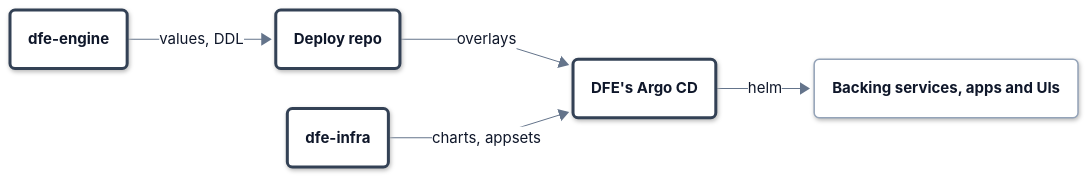
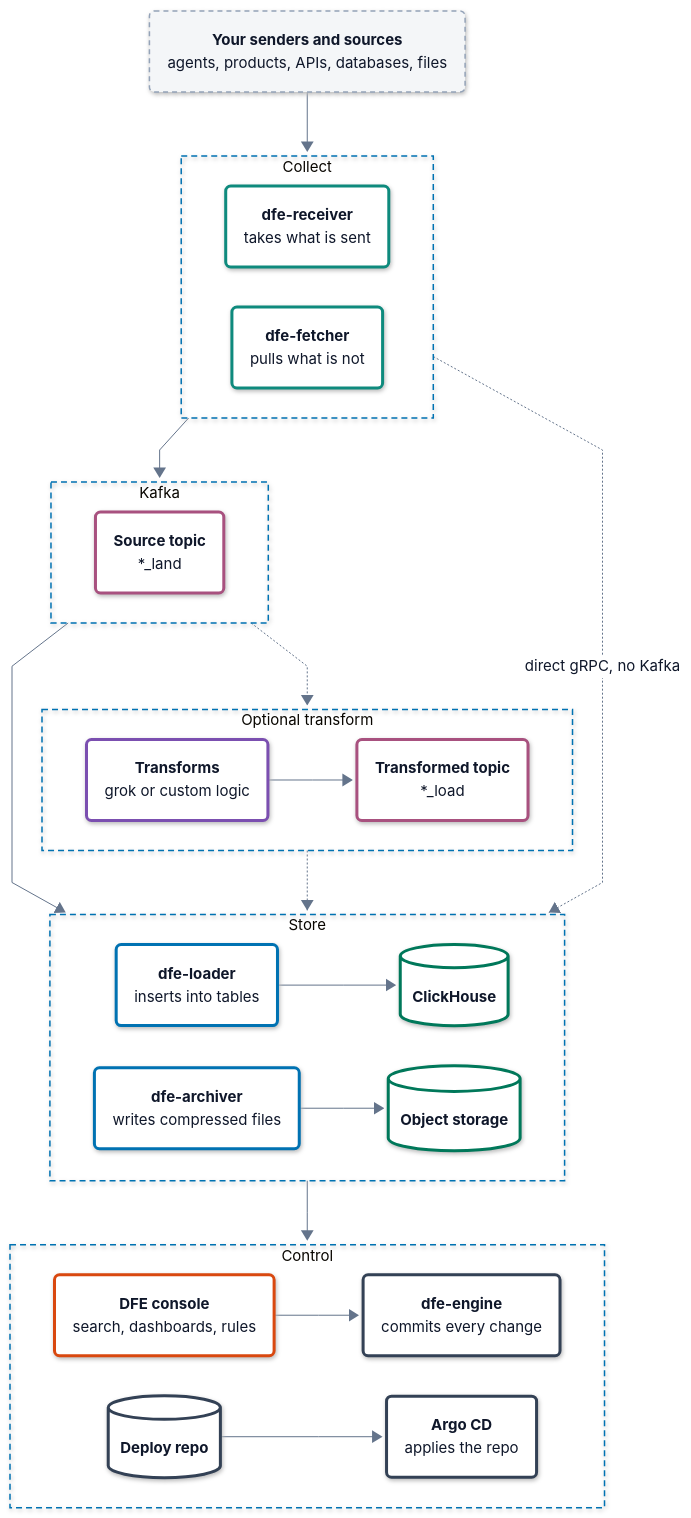
The diagram in docs/architecture.md (hyperi-io/dfe-infra), drawn with Mermaid before and after one commit. The commit also changed other lines of this file and 17 other files, not shown here.

First line of the commit message:
docs(architecture): map suite in architecture.md and fit charts to 860 px

````diff
--- a/docs/architecture.md
+++ b/docs/architecture.md
@@ -52,26 +48,57 @@
     .ui .label-icon{color:#D9480F}
     .ext .label-icon{color:#64748B}
 ---
-flowchart LR
-    accTitle: L2 Services -- DFE deployment
-    accDescr: dfe-engine writes compiled values and DDL to the deploy repo. DFE's Argo CD reads the overlays from the deploy repo and the charts and ApplicationSets from dfe-infra, and applies them with Helm to the backing services, the dfe apps and the UIs.
-
-    engine("<b>dfe-engine</b>")
-
-    deployrepo("<b>Deploy repo</b>")
-    infrarepo("<b>dfe-infra</b>")
-
-    argocd("<b>DFE's Argo CD</b>")
-
-    services("<b>Backing services, apps and UIs</b>")
-
-    engine -->|values, DDL| deployrepo
-    deployrepo -->|overlays| argocd
-    infrarepo -->|charts, appsets| argocd
-    argocd -->|helm| services
-
-    class engine,deployrepo,infrarepo,argocd control
-    class services part
+flowchart TB
+  accTitle: L2 Services -- DFE suite
+  accDescr: Your senders and sources feed dfe-receiver and dfe-fetcher, which write a source topic on Kafka. dfe-loader inserts into ClickHouse and dfe-archiver writes files to object storage. An optional transform turns the source topic into a transformed one, and direct gRPC skips Kafka. The DFE console queries ClickHouse and sends every change through dfe-engine, which commits it to the deploy repo that Argo CD applies.
+  S("<b>Your senders and sources</b><br/><span>agents, products, APIs, databases, files</span>")
+  subgraph IN["Collect"]
+    direction LR
+    R("<b>dfe-receiver</b><br/><span>takes what is sent</span>")
+    F("<b>dfe-fetcher</b><br/><span>pulls what is not</span>")
+  end
+  subgraph BUS["Kafka"]
+    K1("<b>Source topic</b><br/><span>*_land</span>")
+  end
+  subgraph XF["Optional transform"]
+    direction LR
+    T("<b>Transforms</b><br/><span>grok or custom logic</span>")
+    K2("<b>Transformed topic</b><br/><span>*_load</span>")
+    T --> K2
+  end
+  subgraph OUT["Store"]
+    direction LR
+    L("<b>dfe-loader</b><br/><span>inserts into tables</span>")
+    C[("<b>ClickHouse</b>")]
+    A("<b>dfe-archiver</b><br/><span>writes compressed files</span>")
+    O[("<b>Object storage</b>")]
+    L --> C
+    A --> O
+  end
+  subgraph CTL["Control"]
+    direction LR
+    H("<b>DFE console</b><br/><span>search, dashboards, rules</span>")
+    E("<b>dfe-engine</b><br/><span>commits every change</span>")
+    D[("<b>Deploy repo</b>")]
+    G("<b>Argo CD</b><br/><span>applies the repo</span>")
+    H --> E
+    D --> G
+  end
+  S --> IN
+  IN --> BUS
+  BUS --> OUT
+  BUS -.-> XF
+  XF -.-> OUT
+  IN -.->|direct gRPC, no Kafka| OUT
+  OUT --> CTL
+  class S ext
+  class R,F ingest
+  class K1,K2 bus
+  class T xform
+  class L,A load
+  class C,O store
+  class H ui
+  class E,D,G control
   classDef ext fill:#F4F6F8,stroke:#94A3B8,stroke-width:1.5px,stroke-dasharray:5 4,color:#0F172A
   classDef ingest fill:#FFFFFF,stroke:#0E8A7D,stroke-width:3px,color:#0F172A
   classDef xform fill:#FFFFFF,stroke:#7B4FB0,stroke-width:3px,color:#0F172A
@@ -83,4 +110,9 @@
   classDef error fill:#FFFFFF,stroke:#C2410C,stroke-width:3px,color:#0F172A
   classDef control fill:#FFFFFF,stroke:#334155,stroke-width:3px,color:#0F172A
   classDef part fill:#FFFFFF,stroke:#94A3B8,stroke-width:1.5px,color:#0F172A
+  style IN fill:none,stroke:#0072B2,stroke-width:1.5px,stroke-dasharray:6 4
+  style BUS fill:none,stroke:#0072B2,stroke-width:1.5px,stroke-dasharray:6 4
+  style XF fill:none,stroke:#0072B2,stroke-width:1.5px,stroke-dasharray:6 4
+  style OUT fill:none,stroke:#0072B2,stroke-width:1.5px,stroke-dasharray:6 4
+  style CTL fill:none,stroke:#0072B2,stroke-width:1.5px,stroke-dasharray:6 4
 ```
````
